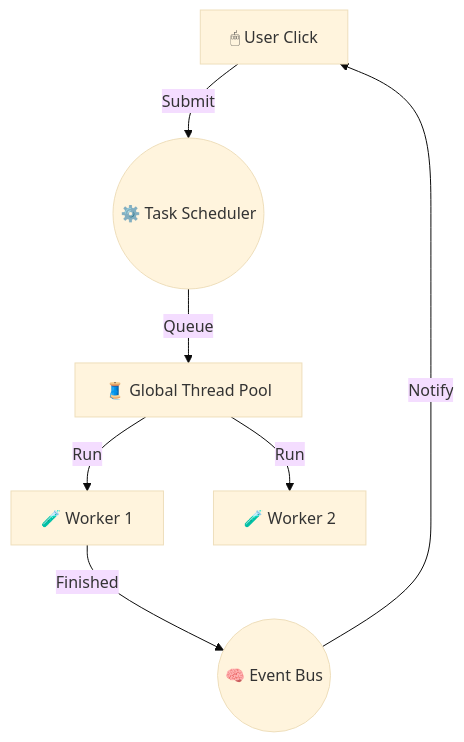
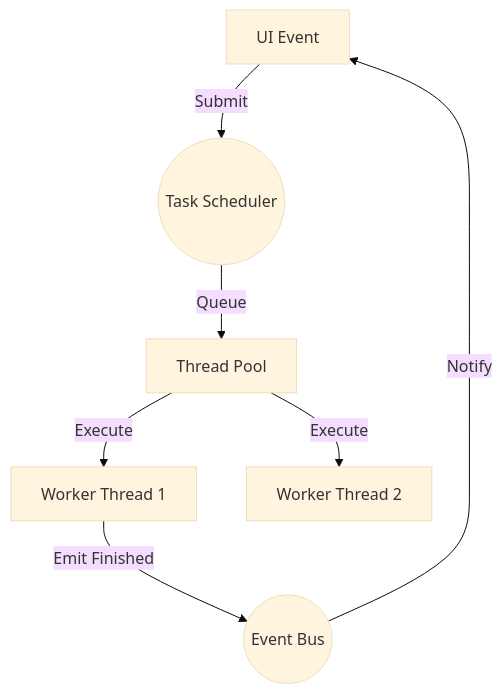
Before and after one commit to KalaimaranB/BioPro: the diagram in docs/internal/14_High_Performance_Scaling.md, drawn with Mermaid (base theme). The commit also changed other lines of this file and 19 other files, not shown here.

````diff
--- a/docs/internal/14_High_Performance_Scaling.md
+++ b/docs/internal/14_High_Performance_Scaling.md
@@ -16,9 +16,9 @@
 ```mermaid
 graph TD
-    UI[🖱 User Click] -->|Submit| TS((⚙️ Task Scheduler))
-    TS -->|Queue| P[🧵 Global Thread Pool]
-    P -->|Run| W1[🧪 Worker 1]
-    P -->|Run| W2[🧪 Worker 2]
-    W1 -->|Finished| NB((🧠 Event Bus))
+    UI[UI Event] -->|Submit| TS((Task Scheduler))
+    TS -->|Queue| P[Thread Pool]
+    P -->|Execute| W1[Worker Thread 1]
+    P -->|Execute| W2[Worker Thread 2]
+    W1 -->|Emit Finished| NB((Event Bus))
     NB -->|Notify| UI
 ```
````
